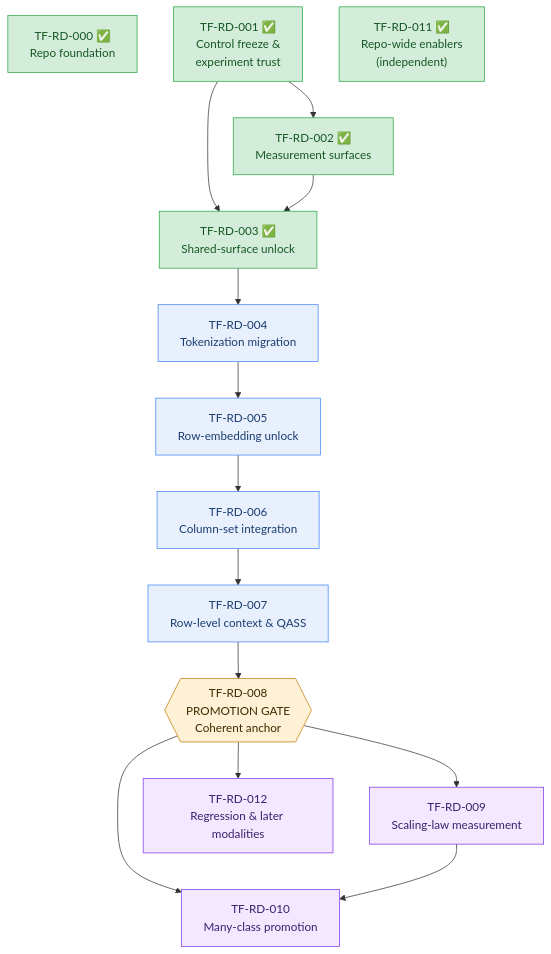
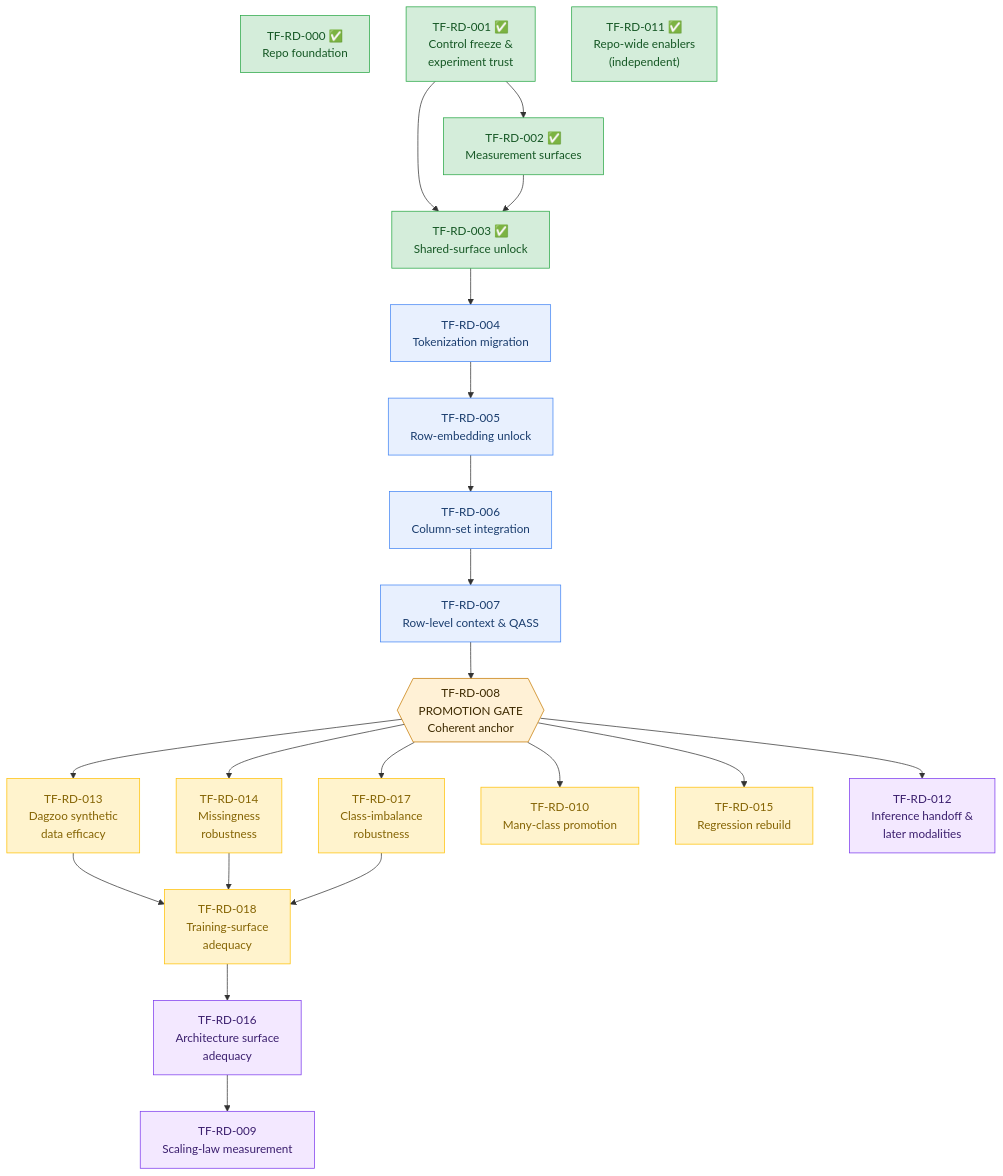
Before and after one commit to bensonlee5/tab-foundry: the diagram in docs/development/roadmap.md, drawn with Mermaid. The commit also changed other lines of this file, not shown here.

Commit message:
update roadmap

````diff
--- a/docs/development/roadmap.md
+++ b/docs/development/roadmap.md
@@ -108,42 +128,56 @@
 ```mermaid
 flowchart TD
     RD000["TF-RD-000 ✅<br/>Repo foundation"]
 
     RD001["TF-RD-001 ✅<br/>Control freeze &<br/>experiment trust"]
     RD002["TF-RD-002 ✅<br/>Measurement surfaces"]
     RD011["TF-RD-011 ✅<br/>Repo-wide enablers<br/>(independent)"]
 
     RD003["TF-RD-003 ✅<br/>Shared-surface unlock"]
     RD004["TF-RD-004<br/>Tokenization migration"]
     RD005["TF-RD-005<br/>Row-embedding unlock"]
     RD006["TF-RD-006<br/>Column-set integration"]
     RD007["TF-RD-007<br/>Row-level context & QASS"]
     RD008{{"TF-RD-008<br/>PROMOTION GATE<br/>Coherent anchor"}}
+    RD013["TF-RD-013<br/>Dagzoo synthetic<br/>data efficacy"]
+    RD014["TF-RD-014<br/>Missingness<br/>robustness"]
+    RD017["TF-RD-017<br/>Class-imbalance<br/>robustness"]
+    RD018["TF-RD-018<br/>Training-surface<br/>adequacy"]
+    RD010["TF-RD-010<br/>Many-class promotion"]
+    RD015["TF-RD-015<br/>Regression rebuild"]
+    RD016["TF-RD-016<br/>Architecture surface<br/>adequacy"]
     RD009["TF-RD-009<br/>Scaling-law measurement"]
-    RD010["TF-RD-010<br/>Many-class promotion"]
-    RD012["TF-RD-012<br/>Regression & later modalities"]
+    RD012["TF-RD-012<br/>Inference handoff &<br/>later modalities"]
 
     RD001 --> RD002
     RD001 --> RD003
     RD002 --> RD003
     RD003 --> RD004
     RD004 --> RD005
     RD005 --> RD006
     RD006 --> RD007
     RD007 --> RD008
-    RD008 --> RD009
+    RD008 --> RD013
+    RD008 --> RD014
+    RD008 --> RD017
+    RD013 --> RD018
+    RD014 --> RD018
+    RD017 --> RD018
     RD008 --> RD010
-    RD009 --> RD010
+    RD008 --> RD015
+    RD018 --> RD016
+    RD016 --> RD009
     RD008 --> RD012
 
     classDef done fill:#d4edda,stroke:#28a745,color:#155724;
     classDef readyNow fill:#fff3cd,stroke:#ffc107,color:#856404;
     classDef chain fill:#e8f0fe,stroke:#4285f4,color:#1a3d6e;
     classDef gate fill:#fff1d6,stroke:#c67a00,color:#3d2a00;
     classDef later fill:#f3e8ff,stroke:#7c3aed,color:#3b1f6e;
 
     class RD000,RD001,RD002,RD003,RD011 done;
     class RD004,RD005,RD006,RD007 chain;
     class RD008 gate;
-    class RD009,RD010,RD012 later;
+    class RD013,RD014,RD017,RD018,RD010,RD015 readyNow;
+    class RD016,RD009,RD012 later;
 ```
````
